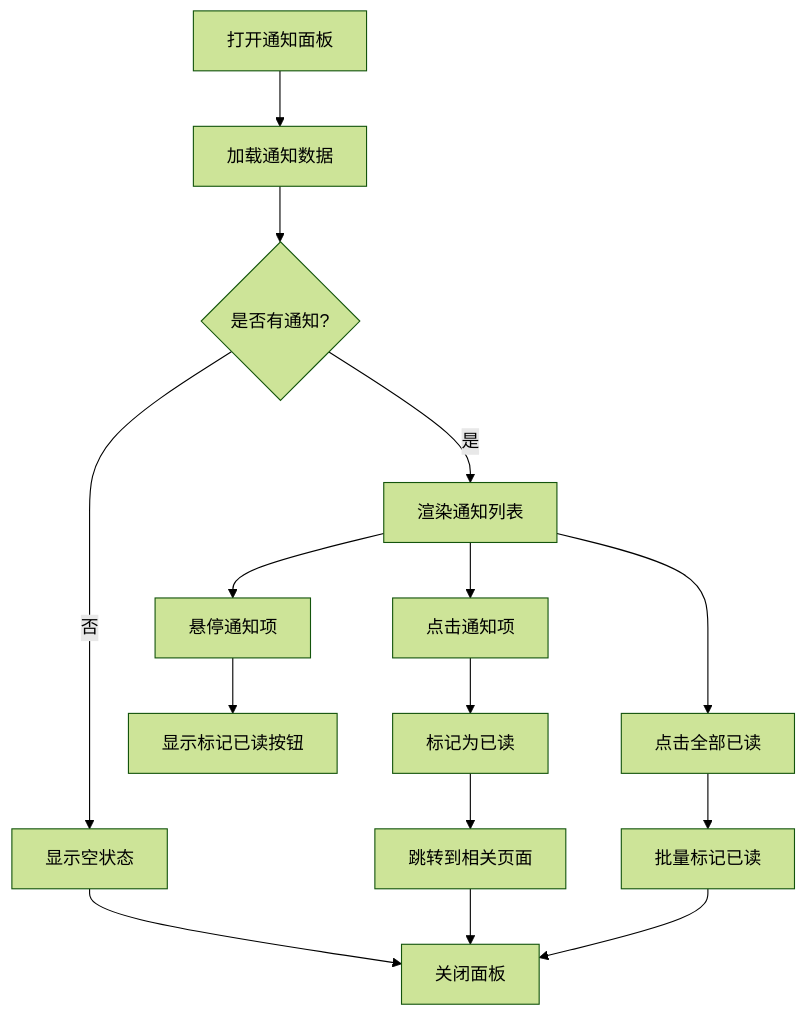
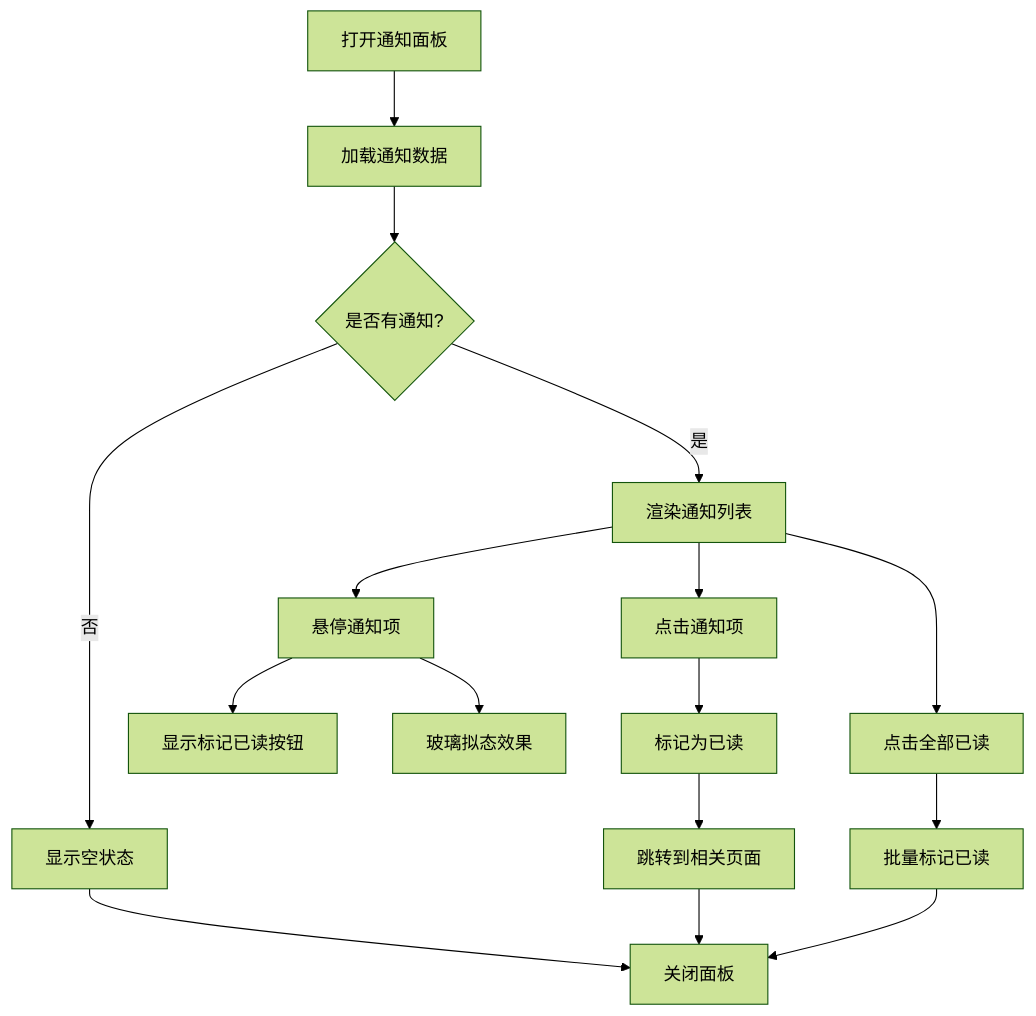
The fourth of 7 diagrams in .qoder/repowiki/zh/content/Notification Mechanism.md (CubeEdge/Longhorn), drawn with Mermaid (forest theme) before and after one commit. The commit also changed other lines of this file and 118 other files, not shown here.

````diff
--- a/.qoder/repowiki/zh/content/Notification Mechanism.md
+++ b/.qoder/repowiki/zh/content/Notification Mechanism.md
@@ -197,17 +221,18 @@
 ```mermaid
 flowchart TD
 OpenPanel[打开通知面板] --> LoadData[加载通知数据]
 LoadData --> CheckEmpty{是否有通知?}
 CheckEmpty --> |否| ShowEmpty[显示空状态]
 CheckEmpty --> |是| RenderList[渲染通知列表]
 RenderList --> HoverItem[悬停通知项]
 HoverItem --> ShowReadBtn[显示标记已读按钮]
+HoverItem --> GlassEffect[玻璃拟态效果]
 RenderList --> ClickItem[点击通知项]
 ClickItem --> MarkRead[标记为已读]
 MarkRead --> Navigate[跳转到相关页面]
 RenderList --> ClickAllRead[点击全部已读]
 ClickAllRead --> MarkAllRead[批量标记已读]
 ShowEmpty --> ClosePanel[关闭面板]
 Navigate --> ClosePanel
 MarkAllRead --> ClosePanel
 ```
````
